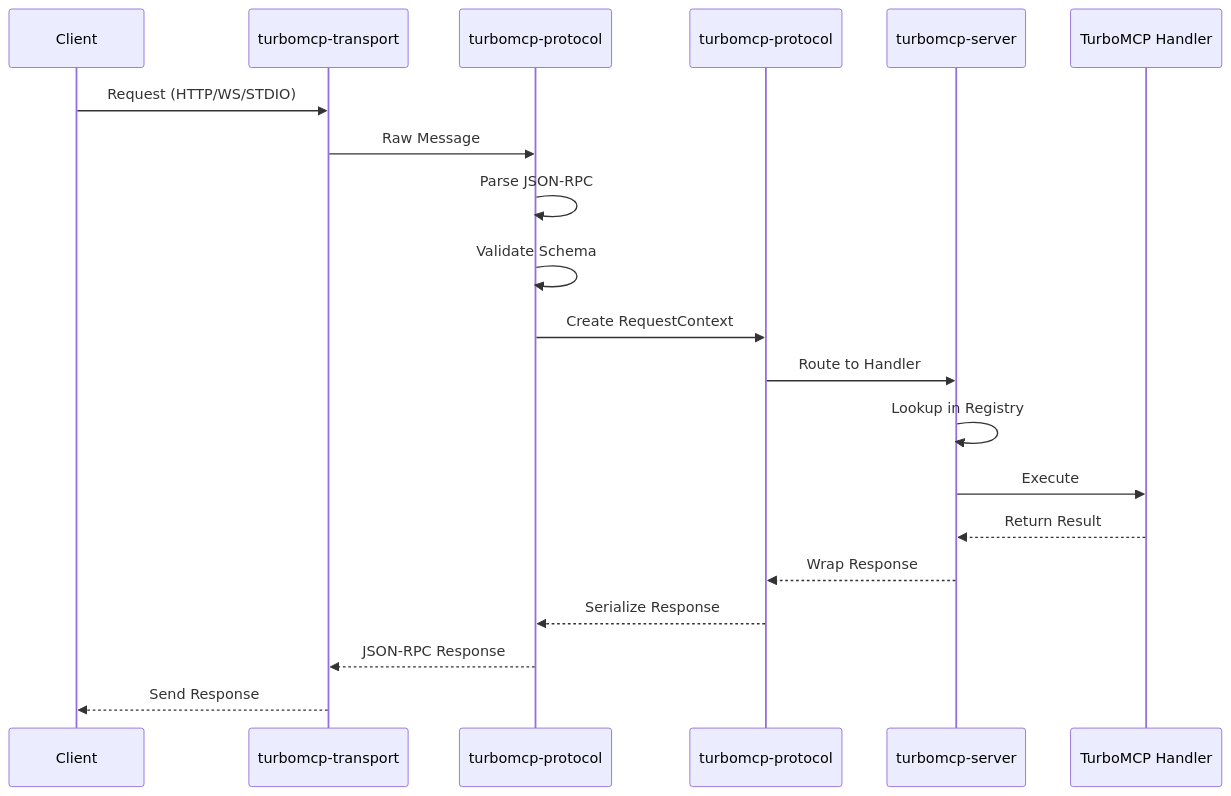
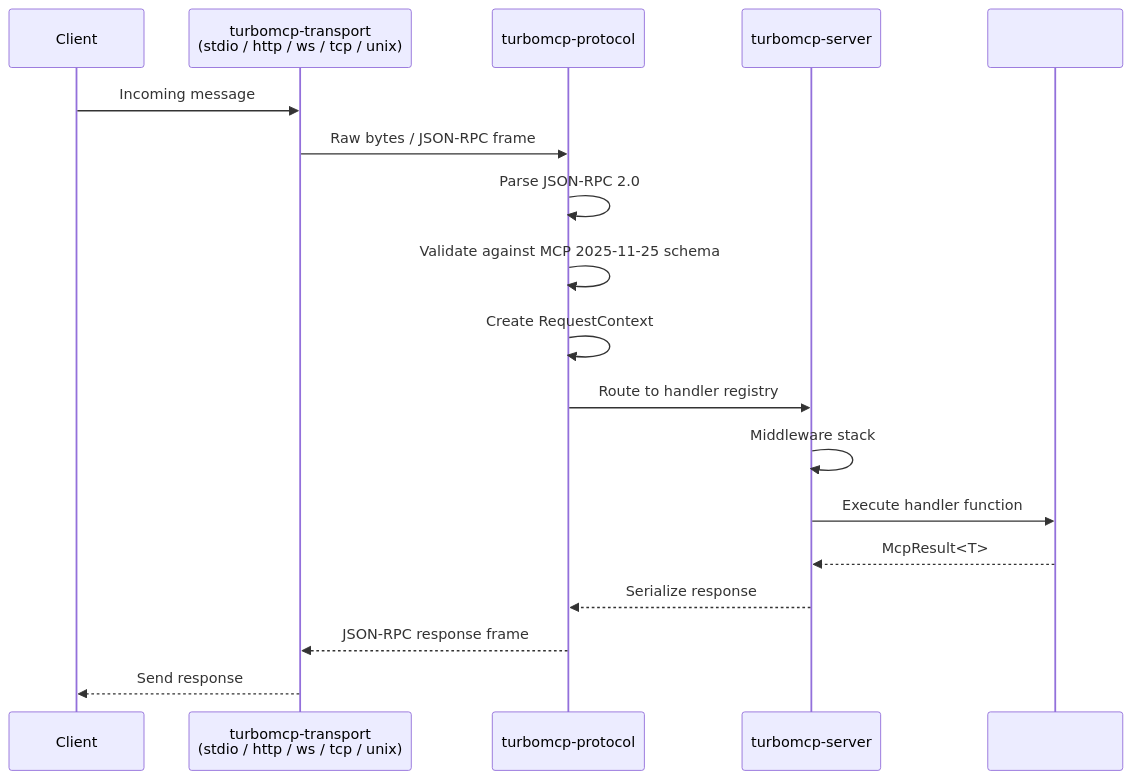
One commit to Epistates/turbomcp changed the diagram in ARCHITECTURE.md. Above: the diagram before and after it, drawn with Mermaid. The commit also changed other lines of this file and 4 other files, not shown here.

````diff
--- a/ARCHITECTURE.md
+++ b/ARCHITECTURE.md
@@ -243,23 +181,21 @@
 ```mermaid
 sequenceDiagram
     participant Client
-    participant Transport as turbomcp-transport
-    participant Protocol as turbomcp-protocol  
-    participant Core as turbomcp-protocol
+    participant Transport as turbomcp-transport<br/>(stdio / http / ws / tcp / unix)
+    participant Protocol as turbomcp-protocol
     participant Server as turbomcp-server
-    participant Handler as TurboMCP Handler
-    
-    Client->>Transport: Request (HTTP/WS/STDIO)
-    Transport->>Protocol: Raw Message
-    Protocol->>Protocol: Parse JSON-RPC
-    Protocol->>Protocol: Validate Schema
-    Protocol->>Core: Create RequestContext
-    Core->>Server: Route to Handler
-    Server->>Server: Lookup in Registry
-    Server->>Handler: Execute #[tool] Function
-    Handler-->>Server: Return Result
-    Server-->>Core: Wrap Response
-    Core-->>Protocol: Serialize Response
-    Protocol-->>Transport: JSON-RPC Response  
-    Transport-->>Client: Send Response
+    participant Handler as #[tool] / #[resource] Handler
+
+    Client->>Transport: Incoming message
+    Transport->>Protocol: Raw bytes / JSON-RPC frame
+    Protocol->>Protocol: Parse JSON-RPC 2.0
+    Protocol->>Protocol: Validate against MCP 2025-11-25 schema
+    Protocol->>Protocol: Create RequestContext
+    Protocol->>Server: Route to handler registry
+    Server->>Server: Middleware stack
+    Server->>Handler: Execute handler function
+    Handler-->>Server: McpResult<T>
+    Server-->>Protocol: Serialize response
+    Protocol-->>Transport: JSON-RPC response frame
+    Transport-->>Client: Send response
 ```
````
